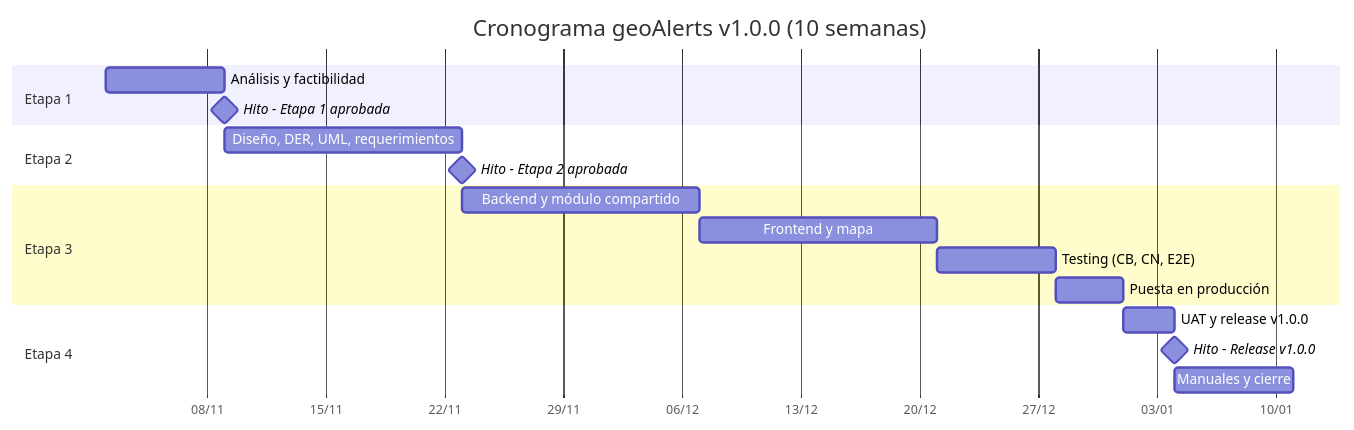
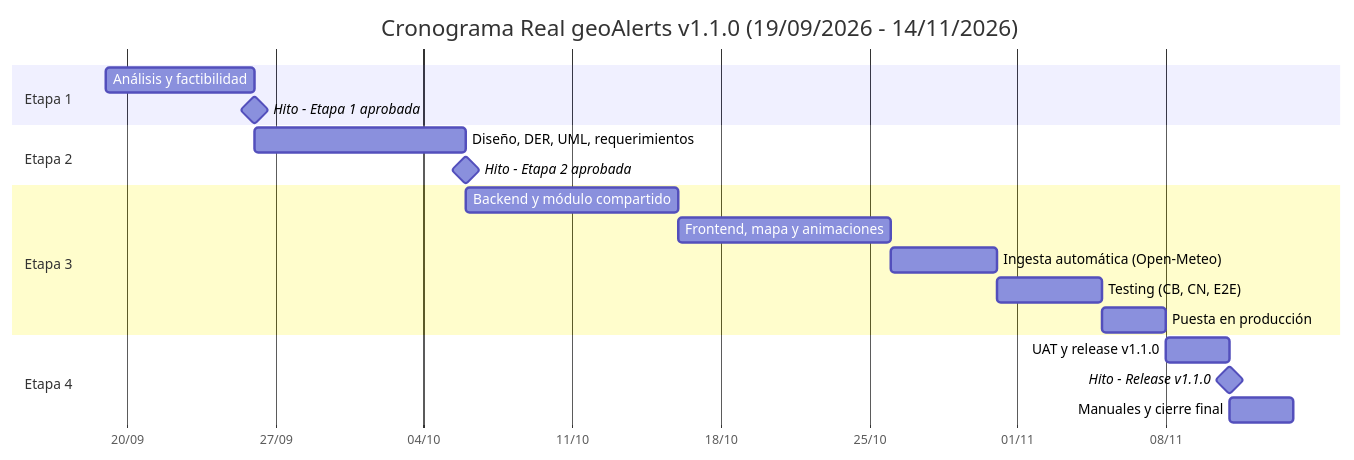
The third of 5 diagrams in docs/01-analisis-factibilidad.md (nachoo08/geoAlerts), drawn with Mermaid before and after one commit. The commit also changed other lines of this file and 3 other files, not shown here.

````diff
--- a/docs/01-analisis-factibilidad.md
+++ b/docs/01-analisis-factibilidad.md
@@ -434,21 +437,22 @@
 ```mermaid
 gantt
-    title Cronograma geoAlerts v1.0.0 (10 semanas)
+    title Cronograma Real geoAlerts v1.1.0 (19/09/2026 - 14/11/2026)
     dateFormat  YYYY-MM-DD
     axisFormat  %d/%m
     section Etapa 1
-    Análisis y factibilidad          :e1, 2026-11-02, 7d
+    Análisis y factibilidad          :e1, 2026-09-19, 7d
     Hito - Etapa 1 aprobada          :milestone, m1, after e1, 0d
     section Etapa 2
-    Diseño, DER, UML, requerimientos :e2, after e1, 14d
+    Diseño, DER, UML, requerimientos :e2, after e1, 10d
     Hito - Etapa 2 aprobada          :milestone, m2, after e2, 0d
     section Etapa 3
-    Backend y módulo compartido      :e3a, after e2, 14d
-    Frontend y mapa                  :e3b, after e3a, 14d
-    Testing (CB, CN, E2E)            :e3c, after e3b, 7d
-    Puesta en producción             :e3d, after e3c, 4d
+    Backend y módulo compartido      :e3a, after e2, 10d
+    Frontend, mapa y animaciones     :e3b, after e3a, 10d
+    Ingesta automática (Open-Meteo)  :e3c, after e3b, 5d
+    Testing (CB, CN, E2E)            :e3d, after e3c, 5d
+    Puesta en producción             :e3e, after e3d, 3d
     section Etapa 4
-    UAT y release v1.0.0             :e4a, after e3d, 3d
-    Hito - Release v1.0.0            :milestone, m3, after e4a, 0d
-    Manuales y cierre                :e4b, after e4a, 7d
+    UAT y release v1.1.0             :e4a, after e3e, 3d
+    Hito - Release v1.1.0            :milestone, m3, after e4a, 0d
+    Manuales y cierre final          :e4b, after e4a, 3d
 ```
````
